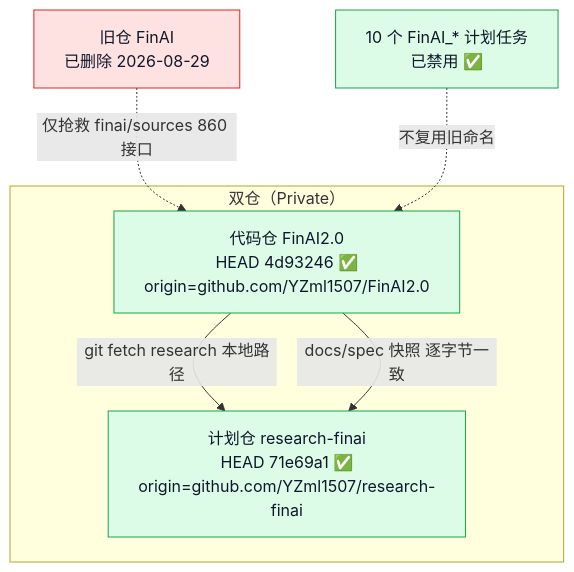
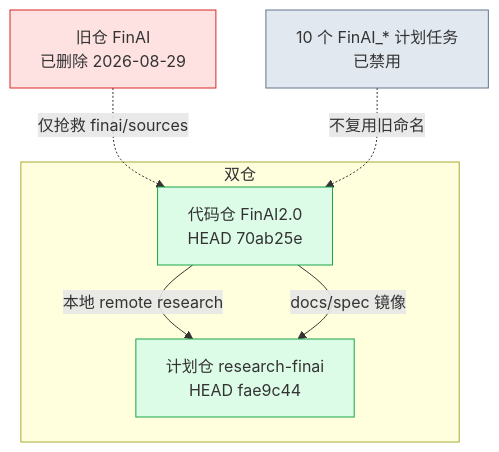
One commit to YZml1507/FinAI2.0 changed the first of 6 diagrams in docs/project_status_flowchart.md. Above: the diagram before and after it, drawn with Mermaid. The commit also changed other lines of this file and 1 other file, not shown here.

Commit message:
docs(flowchart): rebuild status HTML/MD with clean layout and 2026-09-10 diagnosis hold

````diff
--- a/docs/project_status_flowchart.md
+++ b/docs/project_status_flowchart.md
@@ -9,17 +9,17 @@
 ```mermaid
 flowchart TD
-  subgraph REPO["双仓（Private）"]
-    F["代码仓 FinAI2.0<br/>HEAD 4d93246 ✅<br/>origin=github.com/YZml1507/FinAI2.0"] 
-    R["计划仓 research-finai<br/>HEAD 71e69a1 ✅<br/>origin=github.com/YZml1507/research-finai"]
-    F -->|git fetch research 本地路径| R
-    F -->|docs/spec 快照 逐字节一致| R
+  subgraph REPO["双仓"]
+    F["代码仓 FinAI2.0<br/>HEAD 70ab25e"]
+    R["计划仓 research-finai<br/>HEAD fae9c44"]
+    F -->|"本地 remote research"| R
+    F -->|"docs/spec 镜像"| R
   end
   DEL["旧仓 FinAI<br/>已删除 2026-08-29"]
-  TASK["10 个 FinAI_* 计划任务<br/>已禁用 ✅"]
-  DEL -.->|仅抢救 finai/sources 860 接口| F
+  TASK["10 个 FinAI_* 计划任务<br/>已禁用"]
+  DEL -.->|仅抢救 finai/sources| F
   TASK -.->|不复用旧命名| F
-  style F fill:#dcfce7,stroke:#16a34a,color:#0f172a
-  style R fill:#dcfce7,stroke:#16a34a,color:#0f172a
-  style DEL fill:#fee2e2,stroke:#dc2626,color:#0f172a
-  style TASK fill:#dcfce7,stroke:#16a34a,color:#0f172a
+  style F fill:#dcfce7,stroke:#16a34a
+  style R fill:#dcfce7,stroke:#16a34a
+  style DEL fill:#fee2e2,stroke:#dc2626
+  style TASK fill:#e2e8f0,stroke:#64748b
 ```
````
